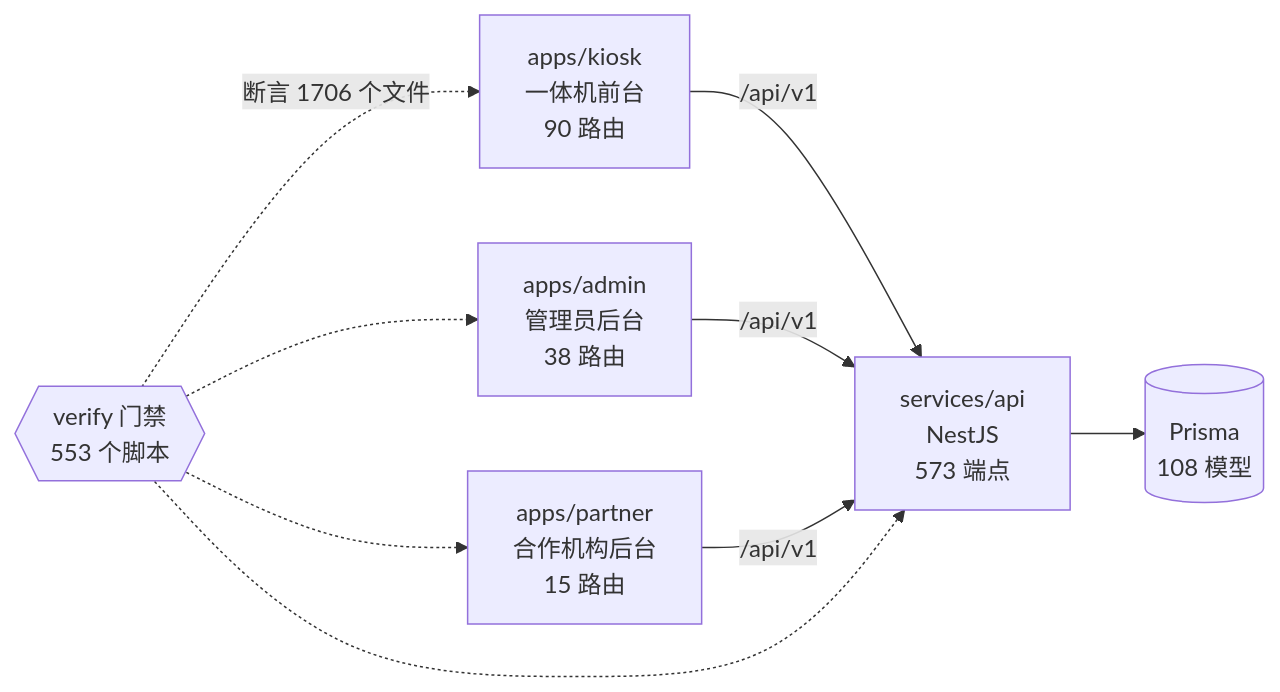
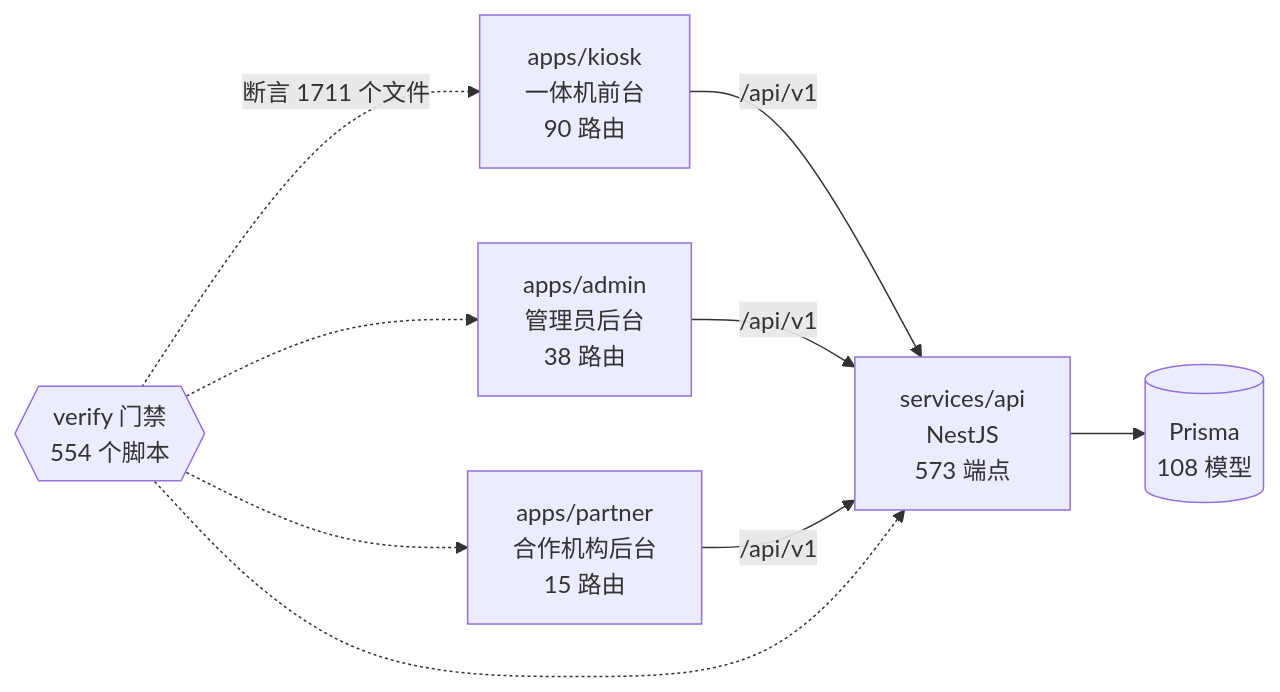
The diagram in docs/graph/README.md (wanglei581/YITIJI), drawn with Mermaid before and after one commit. The commit also changed other lines of this file and 2 other files, not shown here.

Commit message:
chore(graph): regenerate after merging candidate

````diff
--- a/docs/graph/README.md
+++ b/docs/graph/README.md
@@ -68,18 +68,18 @@
 ```mermaid
 flowchart LR
   kiosk["apps/kiosk<br/>一体机前台<br/>90 路由"]
   admin["apps/admin<br/>管理员后台<br/>38 路由"]
   partner["apps/partner<br/>合作机构后台<br/>15 路由"]
   api["services/api<br/>NestJS<br/>573 端点"]
   db[("Prisma<br/>108 模型")]
-  gates{{"verify 门禁<br/>553 个脚本"}}
+  gates{{"verify 门禁<br/>554 个脚本"}}
 
   kiosk -->|"/api/v1"| api
   admin -->|"/api/v1"| api
   partner -->|"/api/v1"| api
   api --> db
-  gates -.->|"断言 1706 个文件"| kiosk
+  gates -.->|"断言 1711 个文件"| kiosk
   gates -.-> admin
   gates -.-> partner
   gates -.-> api
 ```
````
